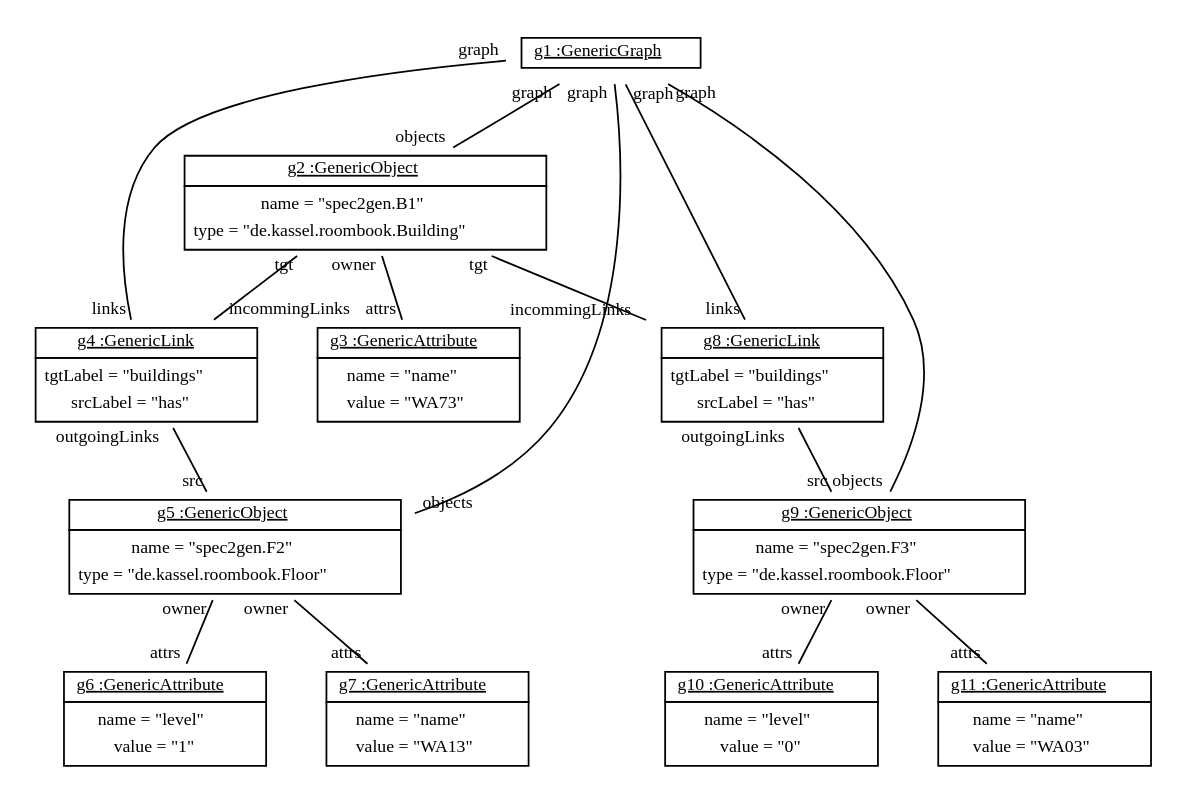
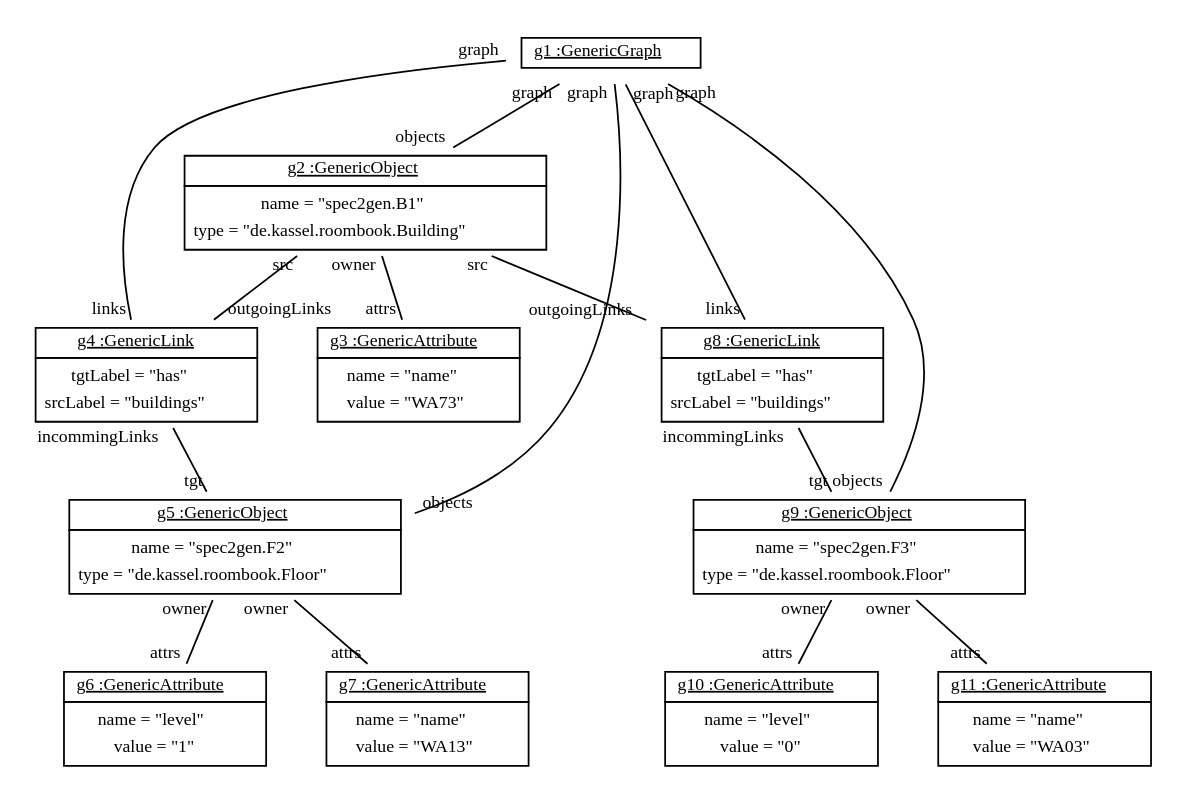
Before and after one commit to fujaba/SDMLib: the diagram in doc/GenericObjectDiagram19.dot, drawn with Graphviz. The commit also changed 31 other files, not shown here.

Commit message:
added icons to generic graph dumps

```diff
--- a/doc/GenericObjectDiagram19.dot
+++ b/doc/GenericObjectDiagram19.dot
@@ -1,31 +1,31 @@
 graph ObjectDiagram {
    node [shape = none, fontsize = 10];
    edge [fontsize = 10];
 
 g1 [label=<<table border='0' cellborder='1' cellspacing='0'> <tr> <td> <u>g1 :GenericGraph</u></td></tr></table>>];
 g2 [label=<<table border='0' cellborder='1' cellspacing='0'> <tr> <td> <u>g2 :GenericObject</u></td></tr><tr><td><table border='0' cellborder='0' cellspacing='0'><tr><td>name = "spec2gen.B1"</td></tr><tr><td>type = "de.kassel.roombook.Building"</td></tr></table></td></tr></table>>];
 g3 [label=<<table border='0' cellborder='1' cellspacing='0'> <tr> <td> <u>g3 :GenericAttribute</u></td></tr><tr><td><table border='0' cellborder='0' cellspacing='0'><tr><td>name = "name"</td></tr><tr><td>value = "WA73"</td></tr></table></td></tr></table>>];
-g4 [label=<<table border='0' cellborder='1' cellspacing='0'> <tr> <td> <u>g4 :GenericLink</u></td></tr><tr><td><table border='0' cellborder='0' cellspacing='0'><tr><td>tgtLabel = "buildings"</td></tr><tr><td>srcLabel = "has"</td></tr></table></td></tr></table>>];
+g4 [label=<<table border='0' cellborder='1' cellspacing='0'> <tr> <td> <u>g4 :GenericLink</u></td></tr><tr><td><table border='0' cellborder='0' cellspacing='0'><tr><td>tgtLabel = "has"</td></tr><tr><td>srcLabel = "buildings"</td></tr></table></td></tr></table>>];
 g5 [label=<<table border='0' cellborder='1' cellspacing='0'> <tr> <td> <u>g5 :GenericObject</u></td></tr><tr><td><table border='0' cellborder='0' cellspacing='0'><tr><td>name = "spec2gen.F2"</td></tr><tr><td>type = "de.kassel.roombook.Floor"</td></tr></table></td></tr></table>>];
 g6 [label=<<table border='0' cellborder='1' cellspacing='0'> <tr> <td> <u>g6 :GenericAttribute</u></td></tr><tr><td><table border='0' cellborder='0' cellspacing='0'><tr><td>name = "level"</td></tr><tr><td>value = "1"</td></tr></table></td></tr></table>>];
 g7 [label=<<table border='0' cellborder='1' cellspacing='0'> <tr> <td> <u>g7 :GenericAttribute</u></td></tr><tr><td><table border='0' cellborder='0' cellspacing='0'><tr><td>name = "name"</td></tr><tr><td>value = "WA13"</td></tr></table></td></tr></table>>];
-g8 [label=<<table border='0' cellborder='1' cellspacing='0'> <tr> <td> <u>g8 :GenericLink</u></td></tr><tr><td><table border='0' cellborder='0' cellspacing='0'><tr><td>tgtLabel = "buildings"</td></tr><tr><td>srcLabel = "has"</td></tr></table></td></tr></table>>];
+g8 [label=<<table border='0' cellborder='1' cellspacing='0'> <tr> <td> <u>g8 :GenericLink</u></td></tr><tr><td><table border='0' cellborder='0' cellspacing='0'><tr><td>tgtLabel = "has"</td></tr><tr><td>srcLabel = "buildings"</td></tr></table></td></tr></table>>];
 g9 [label=<<table border='0' cellborder='1' cellspacing='0'> <tr> <td> <u>g9 :GenericObject</u></td></tr><tr><td><table border='0' cellborder='0' cellspacing='0'><tr><td>name = "spec2gen.F3"</td></tr><tr><td>type = "de.kassel.roombook.Floor"</td></tr></table></td></tr></table>>];
 g10 [label=<<table border='0' cellborder='1' cellspacing='0'> <tr> <td> <u>g10 :GenericAttribute</u></td></tr><tr><td><table border='0' cellborder='0' cellspacing='0'><tr><td>name = "level"</td></tr><tr><td>value = "0"</td></tr></table></td></tr></table>>];
 g11 [label=<<table border='0' cellborder='1' cellspacing='0'> <tr> <td> <u>g11 :GenericAttribute</u></td></tr><tr><td><table border='0' cellborder='0' cellspacing='0'><tr><td>name = "name"</td></tr><tr><td>value = "WA03"</td></tr></table></td></tr></table>>];
 
 g1 -- g2 [headlabel = "objects" taillabel = "graph"];
 g1 -- g4 [headlabel = "links" taillabel = "graph"];
 g1 -- g5 [headlabel = "objects" taillabel = "graph"];
 g1 -- g8 [headlabel = "links" taillabel = "graph"];
 g1 -- g9 [headlabel = "objects" taillabel = "graph"];
 g2 -- g3 [headlabel = "attrs" taillabel = "owner"];
-g2 -- g4 [headlabel = "incommingLinks" taillabel = "tgt"];
-g2 -- g8 [headlabel = "incommingLinks" taillabel = "tgt"];
-g4 -- g5 [headlabel = "src" taillabel = "outgoingLinks"];
+g2 -- g4 [headlabel = "outgoingLinks" taillabel = "src"];
+g2 -- g8 [headlabel = "outgoingLinks" taillabel = "src"];
+g4 -- g5 [headlabel = "tgt" taillabel = "incommingLinks"];
 g5 -- g6 [headlabel = "attrs" taillabel = "owner"];
 g5 -- g7 [headlabel = "attrs" taillabel = "owner"];
-g8 -- g9 [headlabel = "src" taillabel = "outgoingLinks"];
+g8 -- g9 [headlabel = "tgt" taillabel = "incommingLinks"];
 g9 -- g10 [headlabel = "attrs" taillabel = "owner"];
 g9 -- g11 [headlabel = "attrs" taillabel = "owner"];
 }
```
